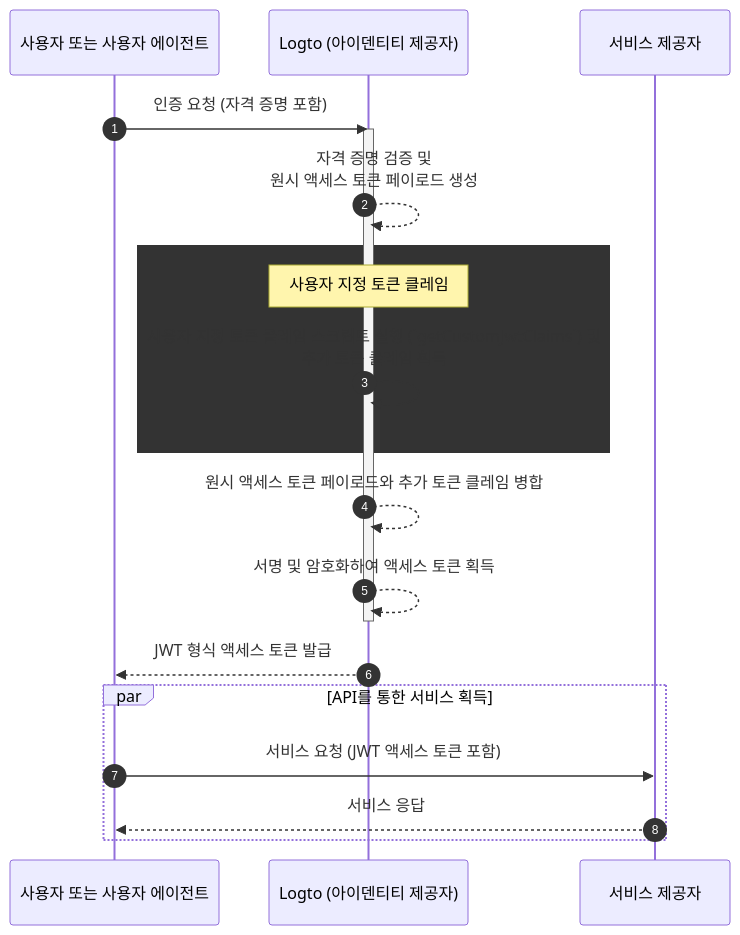
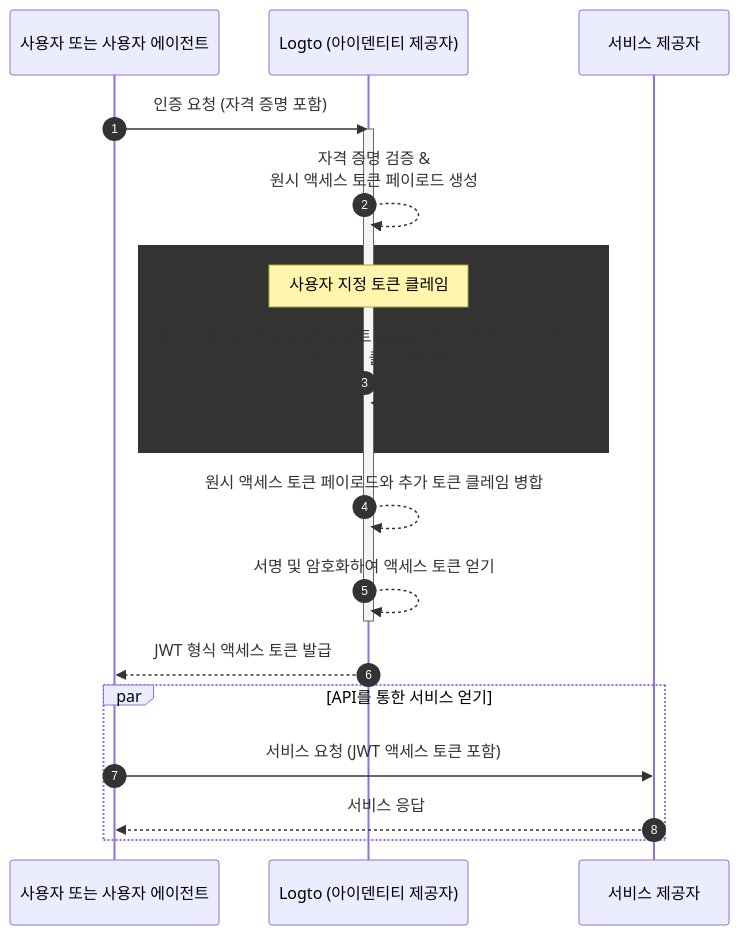
One commit to logto-io/docs changed the diagram in i18n/ko/docusaurus-plugin-content-docs/current/developers/custom-token-claims/README.mdx. Above: the diagram before and after it, drawn with Mermaid. The commit also changed other lines of this file and 407 other files, not shown here.

````diff
--- a/i18n/ko/docusaurus-plugin-content-docs/current/developers/custom-token-claims/README.mdx
+++ b/i18n/ko/docusaurus-plugin-content-docs/current/developers/custom-token-claims/README.mdx
@@ -24,23 +26,23 @@
 ```mermaid
 sequenceDiagram
   participant U as 사용자 또는 사용자 에이전트
   participant IdP as Logto (아이덴티티 제공자)
   participant SP as 서비스 제공자
 
   autonumber
   U ->> IdP: 인증 요청 (자격 증명 포함)
   activate IdP
-  IdP-->>IdP: 자격 증명 검증 및<br/>원시 액세스 토큰 페이로드 생성
+  IdP-->>IdP: 자격 증명 검증 &<br/>원시 액세스 토큰 페이로드 생성
   rect var(--mermaid-rect-fill)
   note over IdP: 사용자 지정 토큰 클레임
-  IdP->>IdP: 사용자 지정 토큰 클레임 스크립트 실행 (`getCustomJwtClaims`) 및<br/>추가 토큰 클레임 획득
+  IdP->>IdP: 사용자 지정 토큰 클레임 스크립트 실행 (`getCustomJwtClaims`) &<br/>추가 토큰 클레임 얻기
   end
   IdP-->>IdP: 원시 액세스 토큰 페이로드와 추가 토큰 클레임 병합
-  IdP-->>IdP: 서명 및 암호화하여 액세스 토큰 획득
+  IdP-->>IdP: 서명 및 암호화하여 액세스 토큰 얻기
   deactivate IdP
   IdP-->>U: JWT 형식 액세스 토큰 발급
-  par API를 통한 서비스 획득
+  par API를 통한 서비스 얻기
   U->>SP: 서비스 요청 (JWT 액세스 토큰 포함)
   SP-->>U: 서비스 응답
   end
 ```
````
